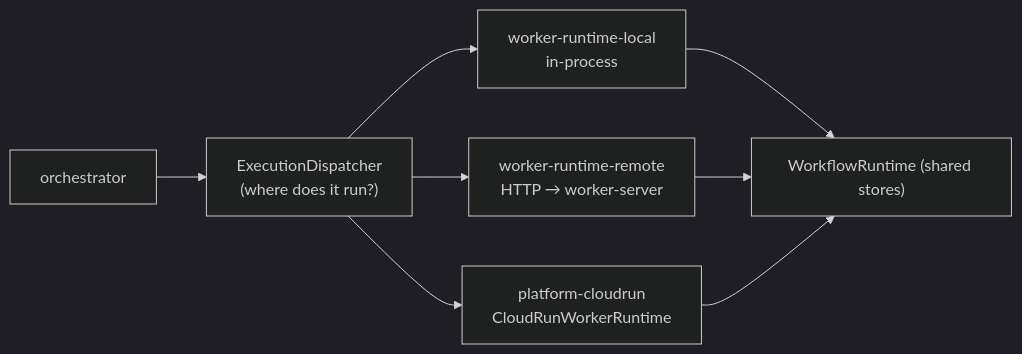
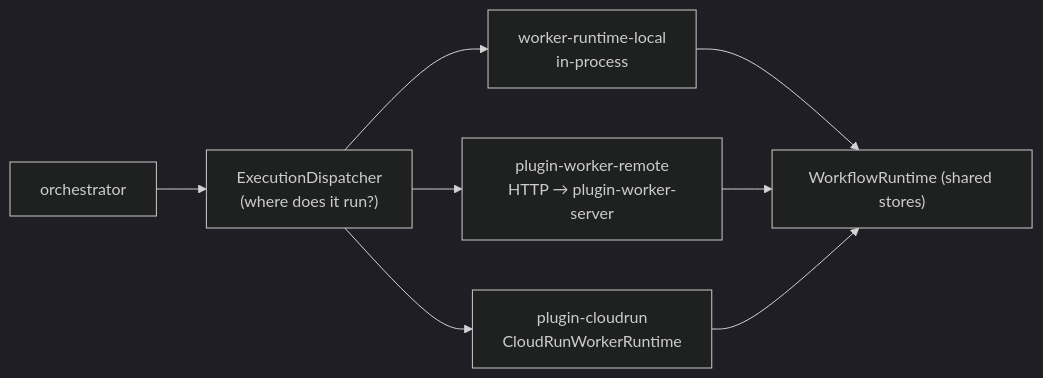
Before and after one commit to chhetrisushil/loom: the tenth of 13 diagrams in docs/architecture.md, drawn with Mermaid (dark theme). The commit also changed other lines of this file and 15 other files, not shown here.

````diff
--- a/docs/architecture.md
+++ b/docs/architecture.md
@@ -330,10 +330,10 @@
 ```mermaid
 flowchart LR
   Orq["orchestrator"] --> D["ExecutionDispatcher<br/>(where does it run?)"]
   D --> W1["worker-runtime-local<br/>in-process"]
-  D --> W2["worker-runtime-remote<br/>HTTP → worker-server"]
-  D --> W3["platform-cloudrun<br/>CloudRunWorkerRuntime"]
+  D --> W2["plugin-worker-remote<br/>HTTP → plugin-worker-server"]
+  D --> W3["plugin-cloudrun<br/>CloudRunWorkerRuntime"]
   W1 --> RT["WorkflowRuntime (shared stores)"]
   W2 --> RT
   W3 --> RT
 ```
````
